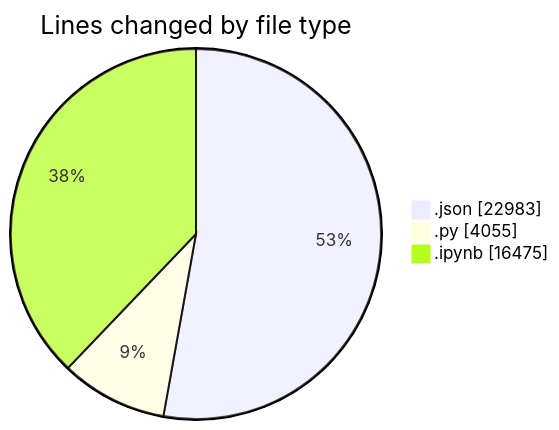
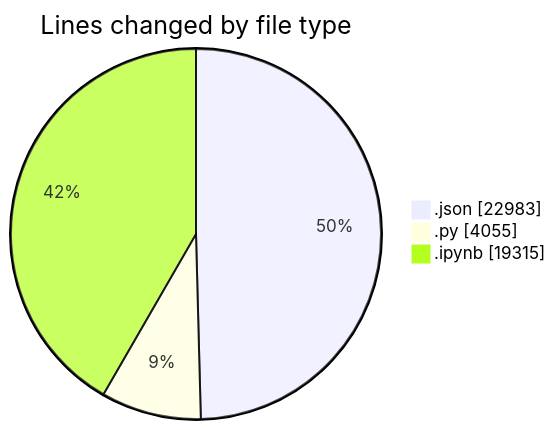
One commit to MatusMokan/code-tracking changed the first of 2 diagrams in 2025-10-04/untitled__workspace_/README.md. Above: the diagram before and after it, drawn with Mermaid. The commit also changed other lines of this file and 1 other file, not shown here.

````diff
--- a/2025-10-04/untitled__workspace_/README.md
+++ b/2025-10-04/untitled__workspace_/README.md
@@ -35,7 +35,7 @@
 ```mermaid
 pie showData
 title Lines changed by file type
 ".json" : 22983
 ".py" : 4055
-".ipynb" : 16475
+".ipynb" : 19315
 ```
````
